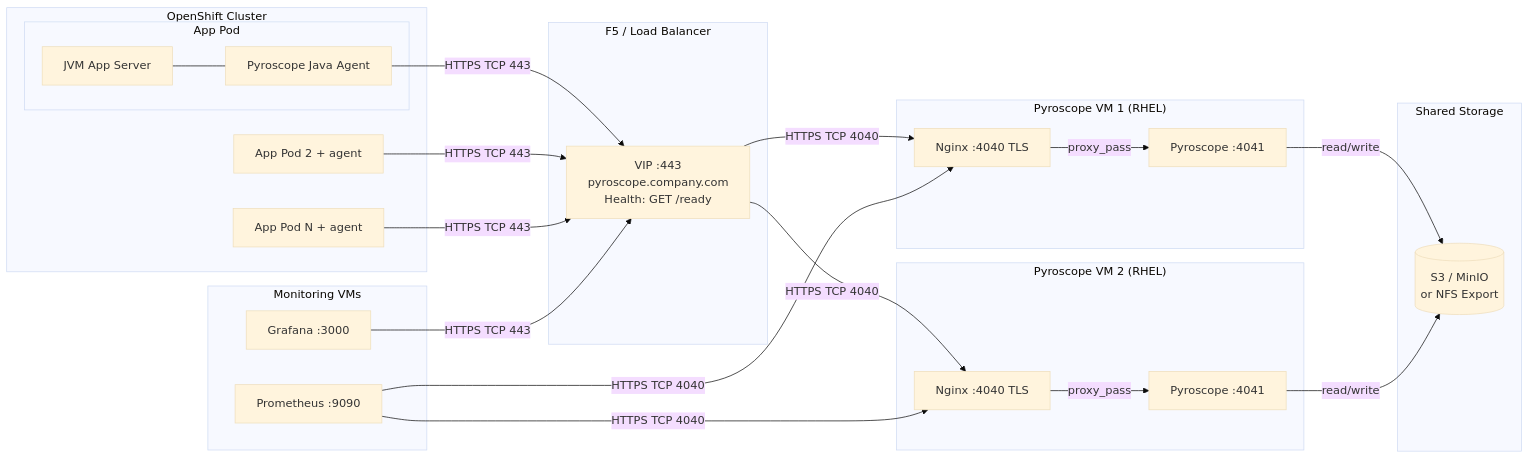
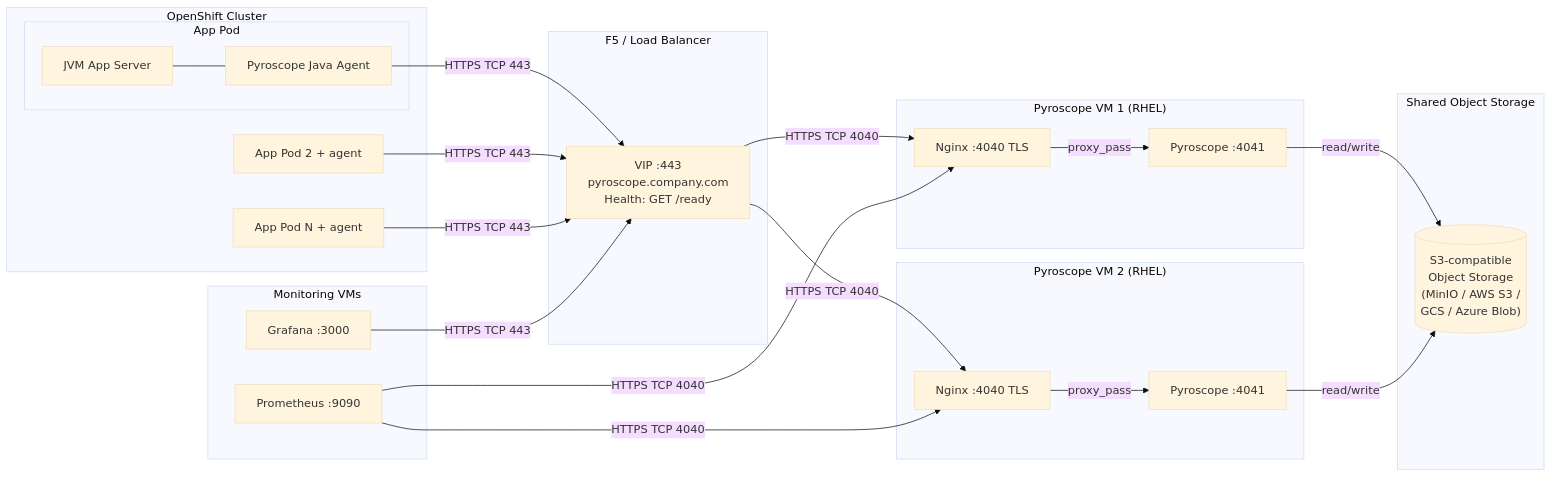
One commit to aff0gat000/pyroscope changed the second of 3 diagrams in docs/capacity-planning.md. Above: the diagram before and after it, drawn with Mermaid (base theme). The commit also changed other lines of this file and 5 other files, not shown here.

First line of the commit message:
Replace NFS/shared filesystem with object storage for multi-instance monolith

````diff
--- a/docs/capacity-planning.md
+++ b/docs/capacity-planning.md
@@ -535,50 +533,50 @@
 ```mermaid
 graph LR
     subgraph "OpenShift Cluster"
         subgraph "App Pod"
             JVM["JVM App Server"]
             Agent["Pyroscope Java Agent"]
             JVM --- Agent
         end
         Pod2["App Pod 2 + agent"]
         PodN["App Pod N + agent"]
     end
 
     subgraph "F5 / Load Balancer"
         VIP["VIP :443<br/>pyroscope.company.com<br/>Health: GET /ready"]
     end
 
     subgraph "Pyroscope VM 1 (RHEL)"
         Nginx1["Nginx :4040 TLS"]
         Pyro1["Pyroscope :4041"]
         Nginx1 -->|"proxy_pass"| Pyro1
     end
 
     subgraph "Pyroscope VM 2 (RHEL)"
         Nginx2["Nginx :4040 TLS"]
         Pyro2["Pyroscope :4041"]
         Nginx2 -->|"proxy_pass"| Pyro2
     end
 
-    subgraph "Shared Storage"
-        S3[("S3 / MinIO<br/>or NFS Export")]
+    subgraph "Shared Object Storage"
+        S3[("S3-compatible<br/>Object Storage<br/>(MinIO / AWS S3 /<br/>GCS / Azure Blob)")]
     end
 
     subgraph "Monitoring VMs"
         Grafana["Grafana :3000"]
         Prom["Prometheus :9090"]
     end
 
     Agent -->|"HTTPS TCP 443"| VIP
     Pod2 -->|"HTTPS TCP 443"| VIP
     PodN -->|"HTTPS TCP 443"| VIP
     VIP -->|"HTTPS TCP 4040"| Nginx1
     VIP -->|"HTTPS TCP 4040"| Nginx2
 
     Pyro1 -->|"read/write"| S3
     Pyro2 -->|"read/write"| S3
 
     Grafana -->|"HTTPS TCP 443"| VIP
     Prom -->|"HTTPS TCP 4040"| Nginx1
     Prom -->|"HTTPS TCP 4040"| Nginx2
 ```
````
